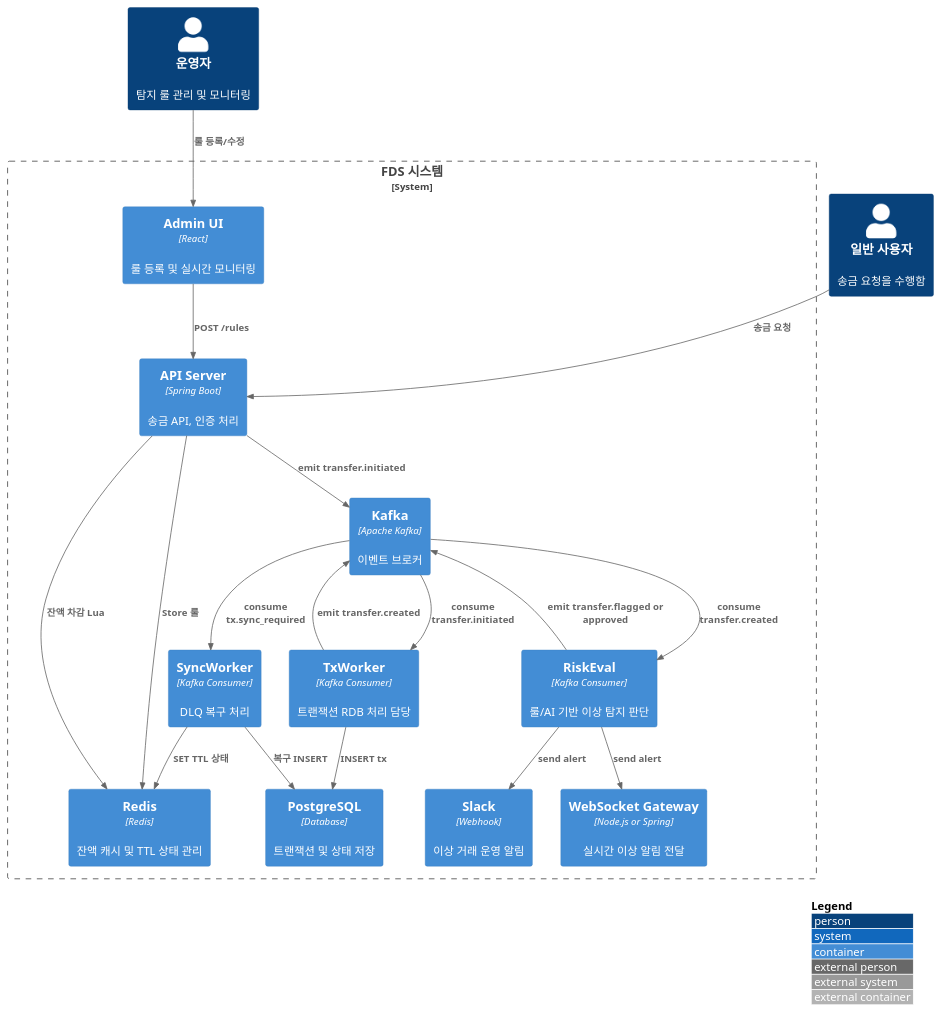
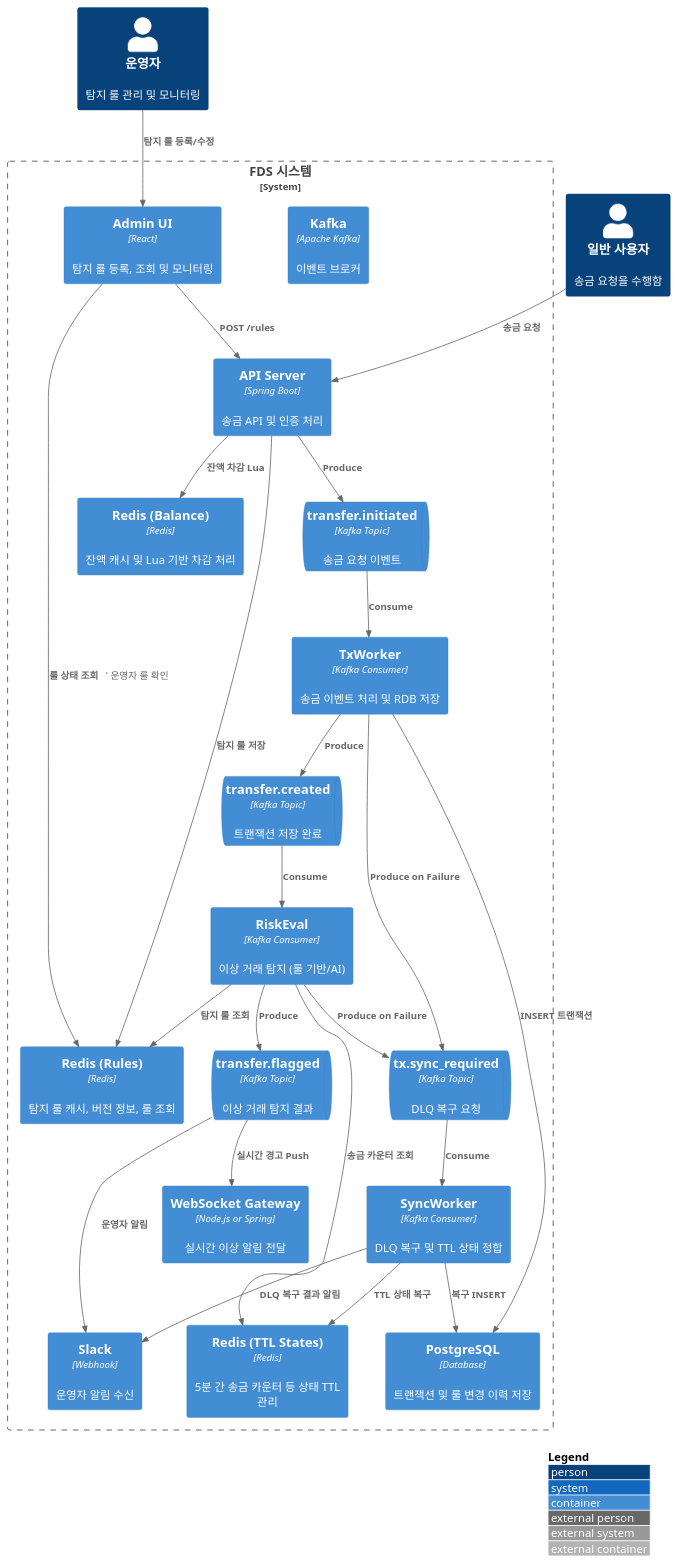
The diagram in docs/infra.puml (hyungkishin/FDS-System), drawn with PlantUML before and after one commit. The commit also changed 3 other files, not shown here.

Commit message:
fix: ERD / infra ( 이벤트 기반 ) 보완 - account_balance 테이블 추가 - infra 이벤트 기반 uml 수정

```diff
--- a/docs/infra.puml
+++ b/docs/infra.puml
@@ -1,45 +1,68 @@
 @startuml
 !includeurl https://raw.githubusercontent.com/plantuml-stdlib/C4-PlantUML/master/C4_Deployment.puml
 
 LAYOUT_WITH_LEGEND()
 
+' === 사람 정의 ===
 Person(admin, "운영자", "탐지 룰 관리 및 모니터링")
 Person(user, "일반 사용자", "송금 요청을 수행함")
 
 System_Boundary(system, "FDS 시스템") {
 
-  Container(api, "API Server", "Spring Boot", "송금 API, 인증 처리")
-  Container(redis, "Redis", "Redis", "잔액 캐시 및 TTL 상태 관리")
+  ' === 컨테이너 ===
+  Container(api, "API Server", "Spring Boot", "송금 API 및 인증 처리")
   Container(kafka, "Kafka", "Apache Kafka", "이벤트 브로커")
-  Container(rdb, "PostgreSQL", "Database", "트랜잭션 및 상태 저장")
+  Container(rdb, "PostgreSQL", "Database", "트랜잭션 및 룰 변경 이력 저장")
   Container(ws, "WebSocket Gateway", "Node.js or Spring", "실시간 이상 알림 전달")
-  Container(txWorker, "TxWorker", "Kafka Consumer", "트랜잭션 RDB 처리 담당")
-  Container(riskEval, "RiskEval", "Kafka Consumer", "룰/AI 기반 이상 탐지 판단")
-  Container(syncWorker, "SyncWorker", "Kafka Consumer", "DLQ 복구 처리")
-  Container(adminUI, "Admin UI", "React", "룰 등록 및 실시간 모니터링")
-  Container(slack, "Slack", "Webhook", "이상 거래 운영 알림")
+  Container(txWorker, "TxWorker", "Kafka Consumer", "송금 이벤트 처리 및 RDB 저장")
+  Container(riskEval, "RiskEval", "Kafka Consumer", "이상 거래 탐지 (룰 기반/AI)")
+  Container(syncWorker, "SyncWorker", "Kafka Consumer", "DLQ 복구 및 TTL 상태 정합")
+  Container(adminUI, "Admin UI", "React", "탐지 룰 등록, 조회 및 모니터링")
+  Container(slack, "Slack", "Webhook", "운영자 알림 수신")
 
+  ' === Redis 역할별 분리 ===
+  Container(redis_balance, "Redis (Balance)", "Redis", "잔액 캐시 및 Lua 기반 차감 처리")
+  Container(redis_ttl, "Redis (TTL States)", "Redis", "5분 간 송금 카운터 등 상태 TTL 관리")
+  Container(redis_rule, "Redis (Rules)", "Redis", "탐지 룰 캐시, 버전 정보, 룰 조회")
+
+  ' === Kafka Topics (논리 메시지 큐) ===
+  ContainerQueue(initiatedTopic, "transfer.initiated", "Kafka Topic", "송금 요청 이벤트")
+  ContainerQueue(createdTopic, "transfer.created", "Kafka Topic", "트랜잭션 저장 완료")
+  ContainerQueue(flaggedTopic, "transfer.flagged", "Kafka Topic", "이상 거래 탐지 결과")
+  ContainerQueue(syncRequiredTopic, "tx.sync_required", "Kafka Topic", "DLQ 복구 요청")
 }
 
+' === 사용자 흐름 ===
 Rel(user, api, "송금 요청")
-Rel(api, redis, "잔액 차감 Lua")
-Rel(api, kafka, "emit transfer.initiated")
+Rel(admin, adminUI, "탐지 룰 등록/수정")
+Rel(adminUI, api, "POST /rules")
+Rel(adminUI, redis_rule, "룰 상태 조회")   ' 운영자 룰 확인
+Rel(api, redis_balance, "잔액 차감 Lua")
+Rel(api, redis_rule, "탐지 룰 저장")
 
-Rel(kafka, txWorker, "consume transfer.initiated")
-Rel(txWorker, rdb, "INSERT tx")
-Rel(txWorker, kafka, "emit transfer.created")
+' === Kafka 이벤트 흐름 ===
+Rel(api, initiatedTopic, "Produce")
+Rel(initiatedTopic, txWorker, "Consume")
 
-Rel(kafka, riskEval, "consume transfer.created")
-Rel(riskEval, kafka, "emit transfer.flagged or approved")
-Rel(riskEval, ws, "send alert")
-Rel(riskEval, slack, "send alert")
+Rel(txWorker, rdb, "INSERT 트랜잭션")
+Rel(txWorker, createdTopic, "Produce")
 
-Rel(kafka, syncWorker, "consume tx.sync_required")
+Rel(createdTopic, riskEval, "Consume")
+Rel(riskEval, flaggedTopic, "Produce")
+
+Rel(flaggedTopic, ws, "실시간 경고 Push")
+Rel(flaggedTopic, slack, "운영자 알림")
+
+' === DLQ 처리 흐름 ===
+Rel(txWorker, syncRequiredTopic, "Produce on Failure")
+Rel(riskEval, syncRequiredTopic, "Produce on Failure")
+Rel(syncRequiredTopic, syncWorker, "Consume")
 Rel(syncWorker, rdb, "복구 INSERT")
-Rel(syncWorker, redis, "SET TTL 상태")
+Rel(syncWorker, redis_ttl, "TTL 상태 복구")
+Rel(syncWorker, slack, "DLQ 복구 결과 알림")
 
-Rel(admin, adminUI, "룰 등록/수정")
-Rel(adminUI, api, "POST /rules")
-Rel(api, redis, "Store 룰")
+' === 탐지 룰 조회 / TTL 체크 ===
+Rel(riskEval, redis_rule, "탐지 룰 조회")
+Rel(riskEval, redis_ttl, "송금 카운터 조회")
 
 @enduml
```
